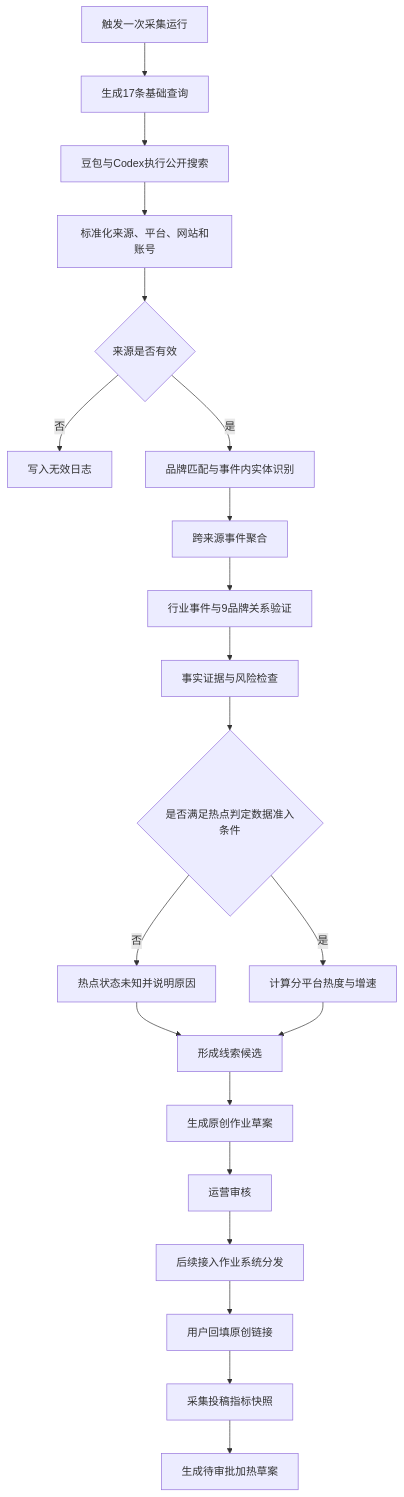
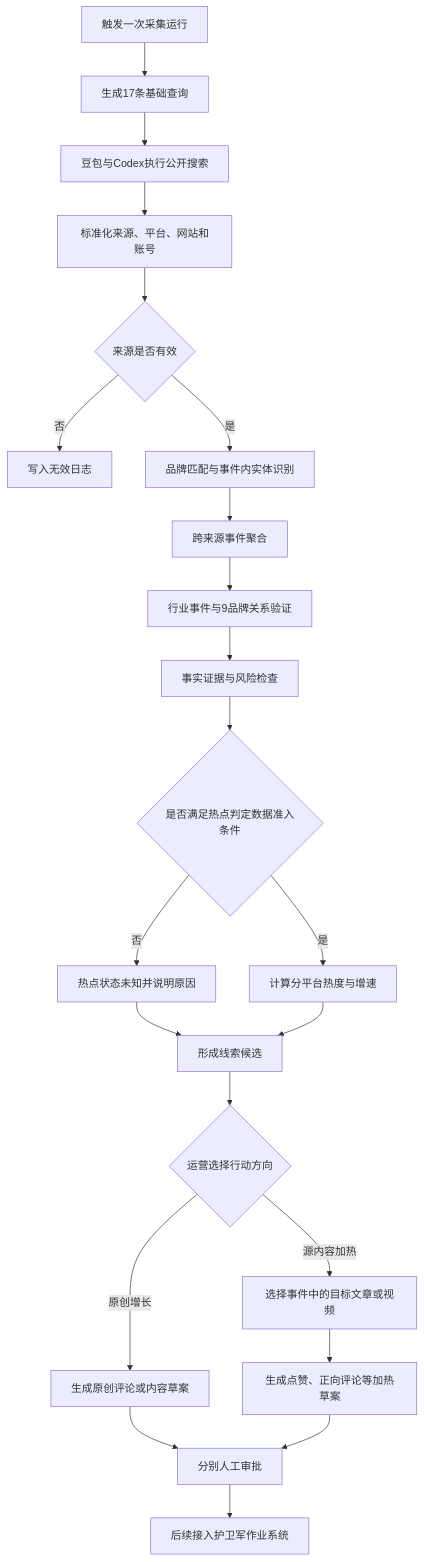
Before and after one commit to RondoTANG/dongfeng-push-demo: the first of 2 diagrams in 09_其他与待归档/0902业务沟通纪要/AI热点追踪PoC/prd/AI热点业务规划与现阶段线索PoC解决方案_PRD_v0.2.md, drawn with Mermaid. The commit also changed other lines of this file and 85 other files, not shown here.

````diff
--- a/09_其他与待归档/0902业务沟通纪要/AI热点追踪PoC/prd/AI热点业务规划与现阶段线索PoC解决方案_PRD_v0.2.md
+++ b/09_其他与待归档/0902业务沟通纪要/AI热点追踪PoC/prd/AI热点业务规划与现阶段线索PoC解决方案_PRD_v0.2.md
@@ -139,23 +140,24 @@
 ```mermaid
 flowchart TD
     A[触发一次采集运行] --> B[生成17条基础查询]
     B --> C[豆包与Codex执行公开搜索]
     C --> D[标准化来源、平台、网站和账号]
     D --> E{来源是否有效}
     E -- 否 --> F[写入无效日志]
     E -- 是 --> G[品牌匹配与事件内实体识别]
     G --> H[跨来源事件聚合]
     H --> I[行业事件与9品牌关系验证]
     I --> J[事实证据与风险检查]
     J --> K{是否满足热点判定数据准入条件}
     K -- 否 --> L[热点状态未知并说明原因]
     K -- 是 --> M[计算分平台热度与增速]
     L --> N[形成线索候选]
     M --> N
-    N --> O[生成原创作业草案]
-    O --> P[运营审核]
-    P --> Q[后续接入作业系统分发]
-    Q --> R[用户回填原创链接]
-    R --> S[采集投稿指标快照]
-    S --> T[生成待审批加热草案]
+    N --> O{运营选择行动方向}
+    O -->|原创增长| P[生成原创评论或内容草案]
+    O -->|源内容加热| Q[选择事件中的目标文章或视频]
+    Q --> R[生成点赞、正向评论等加热草案]
+    P --> S[分别人工审批]
+    R --> S
+    S --> T[后续接入护卫军作业系统]
 ```
````
